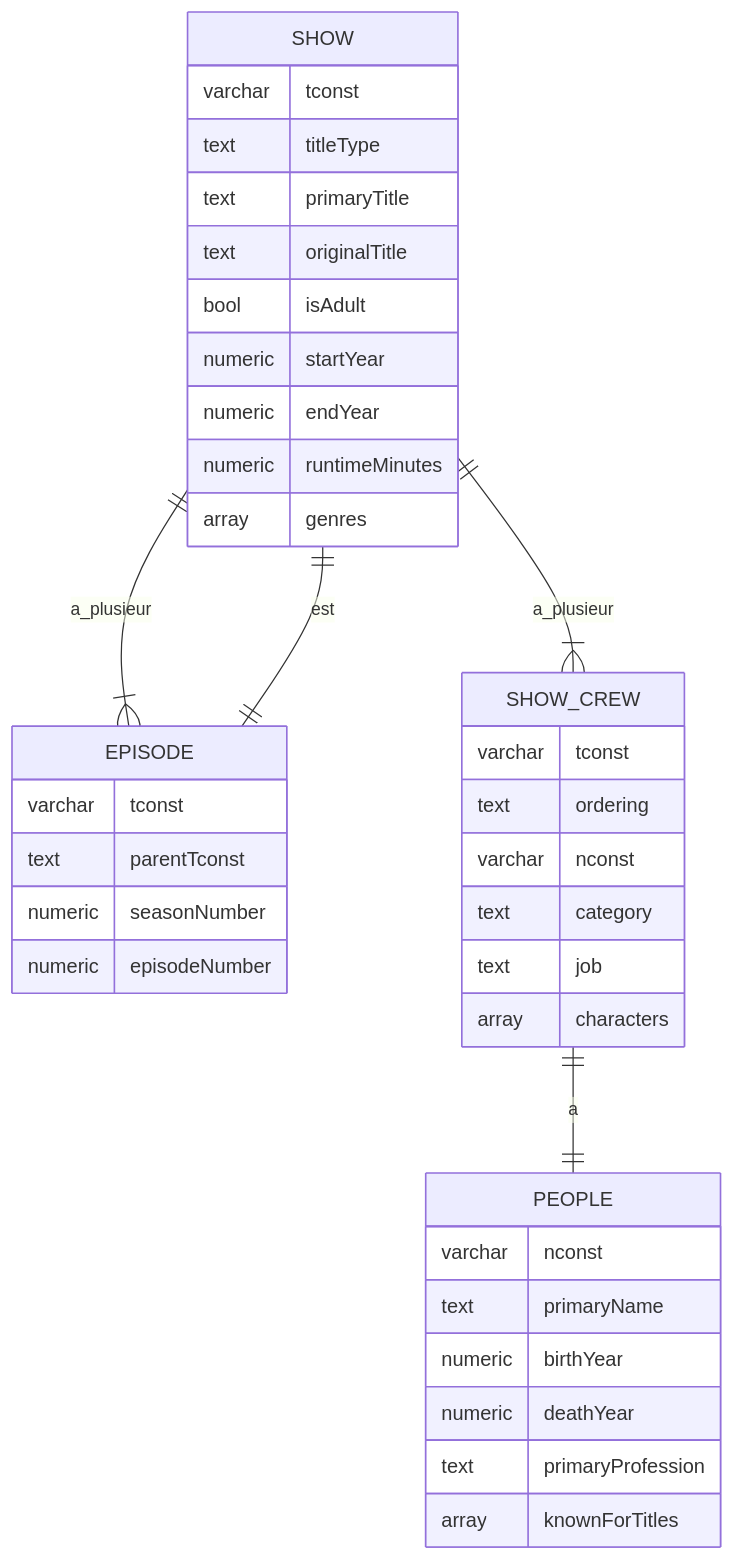
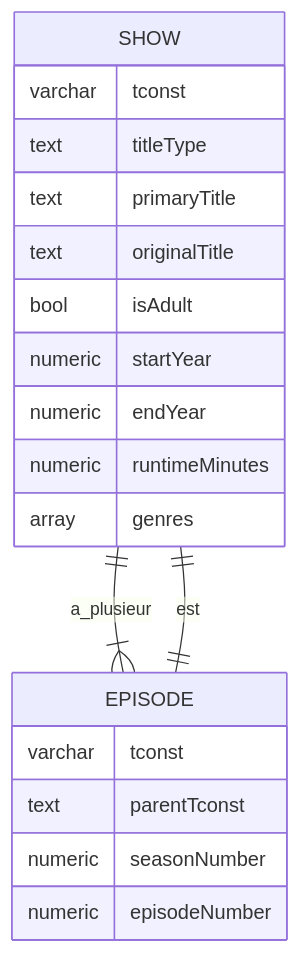
The diagram in readme.md (larousso/astuces-postgresql), drawn with Mermaid before and after one commit. The commit also changed other lines of this file, not shown here.

````diff
--- a/readme.md
+++ b/readme.md
@@ -23,41 +23,22 @@
 ```mermaid
 erDiagram
     SHOW ||--|{ EPISODE : a_plusieur
     SHOW {
         varchar tconst
         text titleType
         text primaryTitle
         text originalTitle
         bool isAdult
         numeric startYear
         numeric endYear
         numeric runtimeMinutes
         array genres
     }
     EPISODE ||--|| SHOW : est
     EPISODE {
         varchar tconst
         text parentTconst
         numeric seasonNumber
         numeric episodeNumber
     }
-    SHOW ||--|{ SHOW_CREW : a_plusieur
-    SHOW_CREW {
-        varchar tconst
-        text ordering
-        varchar nconst
-        text category
-        text job
-        array characters
-    }
-    SHOW_CREW ||--|| PEOPLE : a 
-    PEOPLE {
-        varchar nconst
-        text primaryName
-        numeric birthYear
-        numeric deathYear
-        text primaryProfession
-        array knownForTitles
-    }
-
 ```
````
